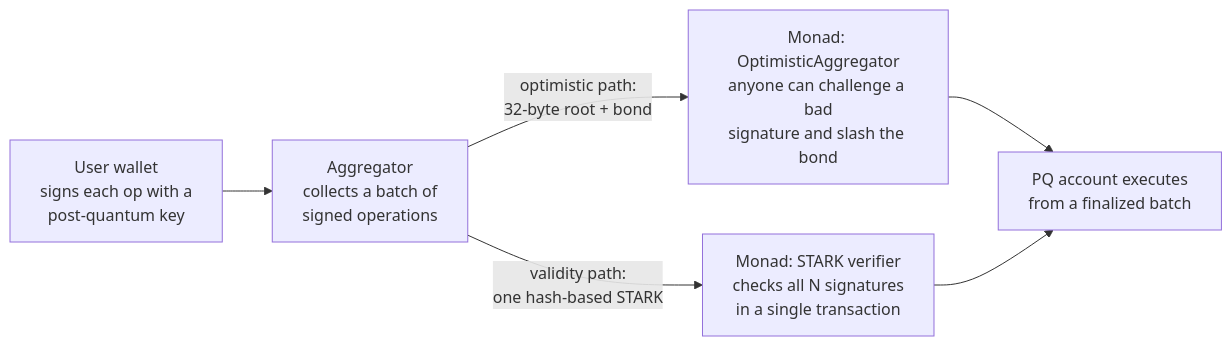
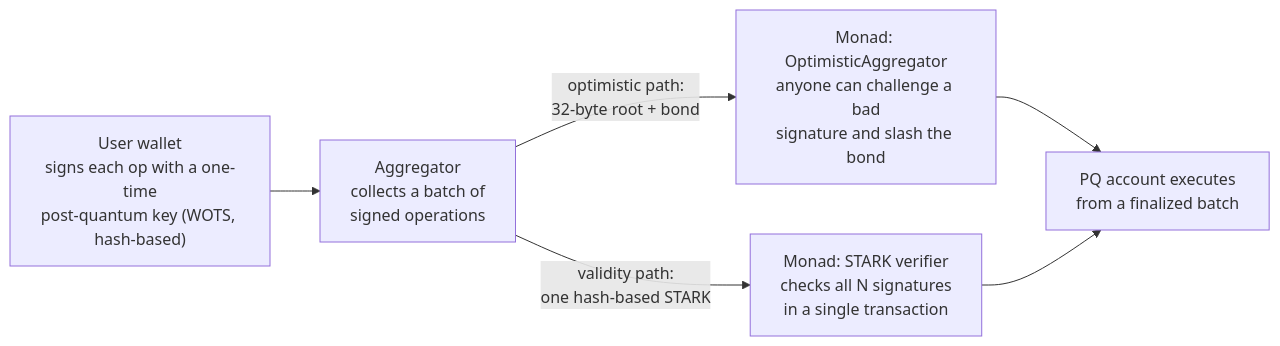
The first of 2 diagrams in README.md (Aman035/0xsigpress), drawn with Mermaid before and after one commit. The commit also changed other lines of this file and 1 other file, not shown here.

Commit message:
docs: name the signing algorithm (WOTS) in the diagram, wallet intro, and phase 1

````diff
--- a/README.md
+++ b/README.md
@@ -123,8 +124,8 @@
 ```mermaid
 flowchart LR
-  U["User wallet<br/>signs each op with a<br/>post-quantum key"] --> AGG["Aggregator<br/>collects a batch of<br/>signed operations"]
+  U["User wallet<br/>signs each op with a one-time<br/>post-quantum key (WOTS, hash-based)"] --> AGG["Aggregator<br/>collects a batch of<br/>signed operations"]
   AGG -->|"optimistic path:<br/>32-byte root + bond"| OPT["Monad: OptimisticAggregator<br/>anyone can challenge a bad<br/>signature and slash the bond"]
   AGG -->|"validity path:<br/>one hash-based STARK"| STK["Monad: STARK verifier<br/>checks all N signatures<br/>in a single transaction"]
   OPT --> EXE["PQ account executes<br/>from a finalized batch"]
   STK --> EXE
 ```
````
